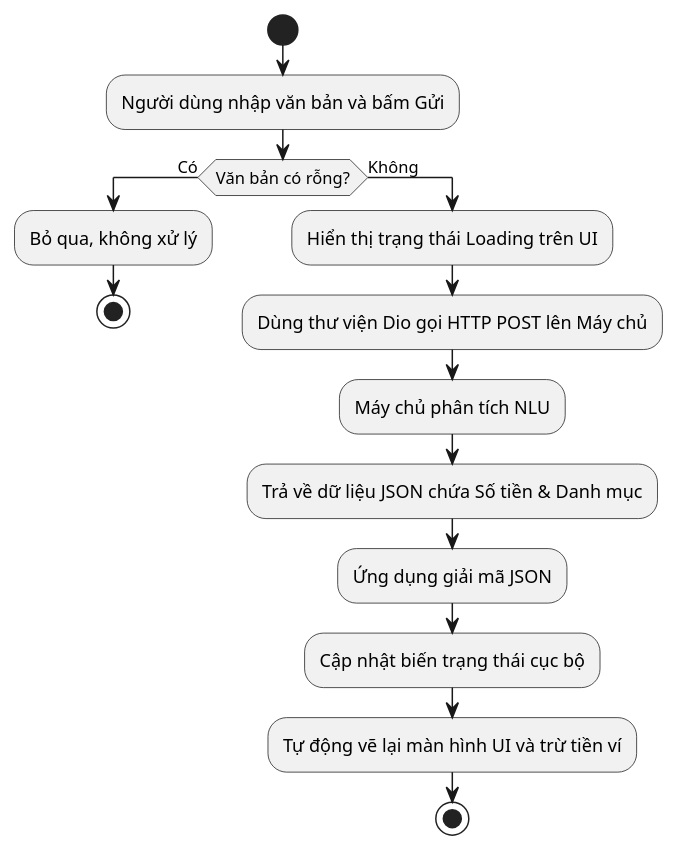
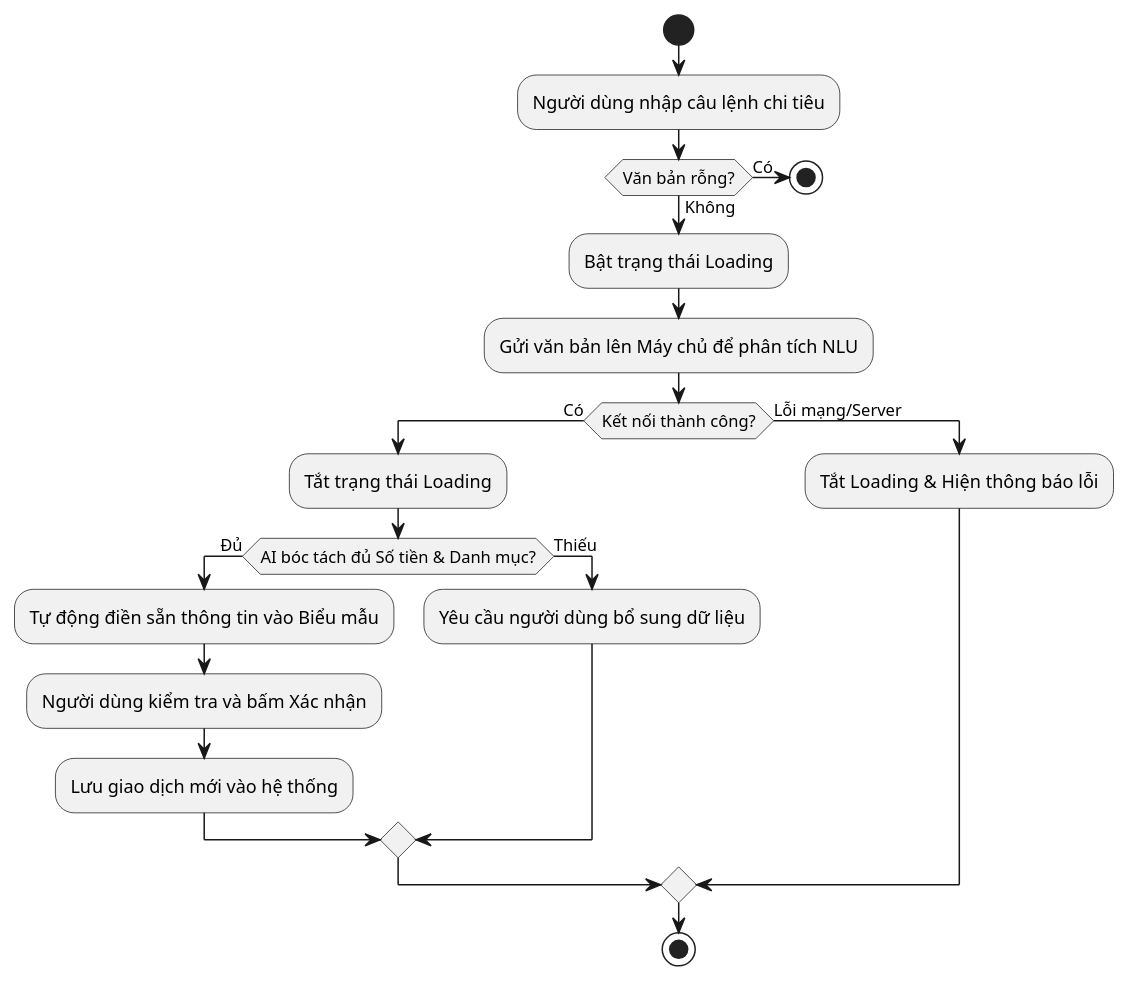
Before and after one commit to maikhang160504/spending-diary: the sixth of 28 diagrams in Luan_van_Hoan_chinh.md, drawn with PlantUML. The commit also changed other lines of this file and 72 other files, not shown here.

````diff
--- a/Luan_van_Hoan_chinh.md
+++ b/Luan_van_Hoan_chinh.md
@@ -740,19 +782,25 @@
 ```plantuml
 @startuml
 start
-:Người dùng nhập văn bản và bấm Gửi;
-if (Văn bản có rỗng?) then (Có)
-  :Bỏ qua, không xử lý;
+:Người dùng nhập câu lệnh chi tiêu;
+if (Văn bản rỗng?) then (Có)
   stop
 else (Không)
-  :Hiển thị trạng thái Loading trên UI;
-  :Dùng thư viện Dio gọi HTTP POST lên Máy chủ;
-  :Máy chủ phân tích NLU;
-  :Trả về dữ liệu JSON chứa Số tiền & Danh mục;
-  :Ứng dụng giải mã JSON;
-  :Cập nhật biến trạng thái cục bộ;
-  :Tự động vẽ lại màn hình UI và trừ tiền ví;
-  stop
+  :Bật trạng thái Loading;
+  :Gửi văn bản lên Máy chủ để phân tích NLU;
+  if (Kết nối thành công?) then (Có)
+    :Tắt trạng thái Loading;
+    if (AI bóc tách đủ Số tiền & Danh mục?) then (Đủ)
+      :Tự động điền sẵn thông tin vào Biểu mẫu;
+      :Người dùng kiểm tra và bấm Xác nhận;
+      :Lưu giao dịch mới vào hệ thống;
+    else (Thiếu)
+      :Yêu cầu người dùng bổ sung dữ liệu;
+    endif
+  else (Lỗi mạng/Server)
+    :Tắt Loading & Hiện thông báo lỗi;
+  endif
 endif
+stop
 @enduml
 ```
````
